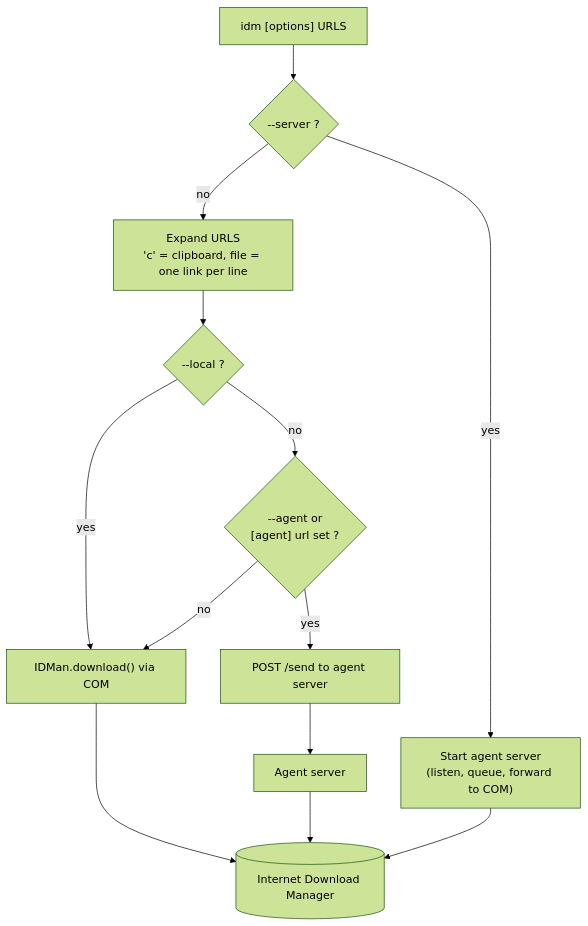
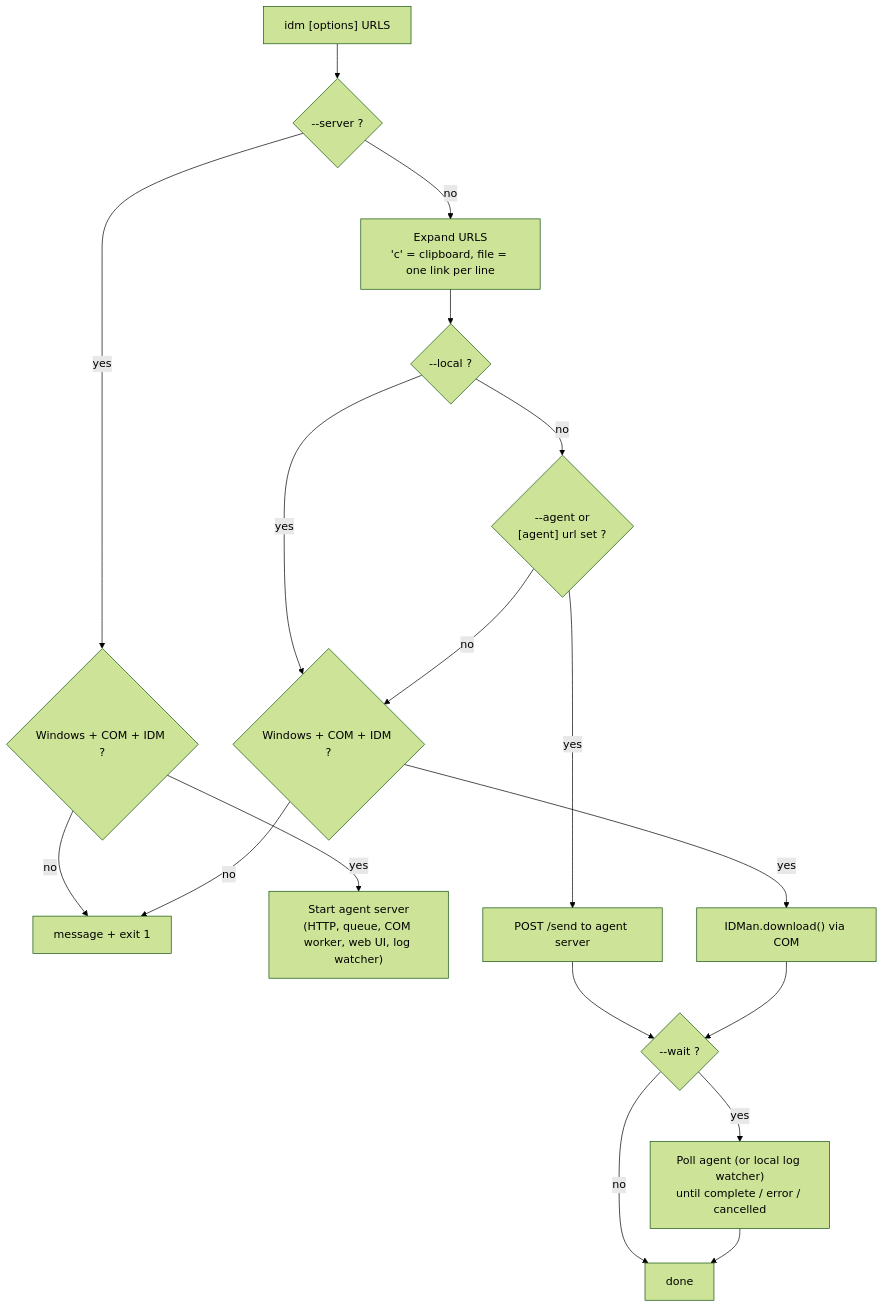
Before and after one commit to cumulus13/pyidm: the second of 6 diagrams in README.md, drawn with Mermaid (forest theme). The commit also changed other lines of this file and 12 other files, not shown here.

````diff
--- a/README.md
+++ b/README.md
@@ -137,14 +185,20 @@
 ```mermaid
 flowchart TD
     A["idm [options] URLS"] --> B{"--server ?"}
-    B -- yes --> S["Start agent server<br/>(listen, queue, forward to COM)"]
+    B -- yes --> W{"Windows + COM + IDM ?"}
+    W -- no --> X["message + exit 1"]
+    W -- yes --> S["Start agent server<br/>(HTTP, queue, COM worker, web UI, log watcher)"]
     B -- no --> C["Expand URLS<br/>'c' = clipboard, file = one link per line"]
     C --> D{"--local ?"}
-    D -- yes --> L["IDMan.download() via COM"]
+    D -- yes --> L
     D -- no --> E{"--agent or<br/>[agent] url set ?"}
     E -- yes --> G["POST /send to agent server"]
-    E -- no --> L
-    L --> IDM[("Internet Download Manager")]
-    G --> R["Agent server"] --> IDM
-    S --> IDM
+    E -- no --> L{"Windows + COM + IDM ?"}
+    L -- no --> X
+    L -- yes --> LD["IDMan.download() via COM"]
+    G --> WT{"--wait ?"}
+    LD --> WT
+    WT -- yes --> TR["Poll agent (or local log watcher)<br/>until complete / error / cancelled"]
+    WT -- no --> END["done"]
+    TR --> END
 ```
````
